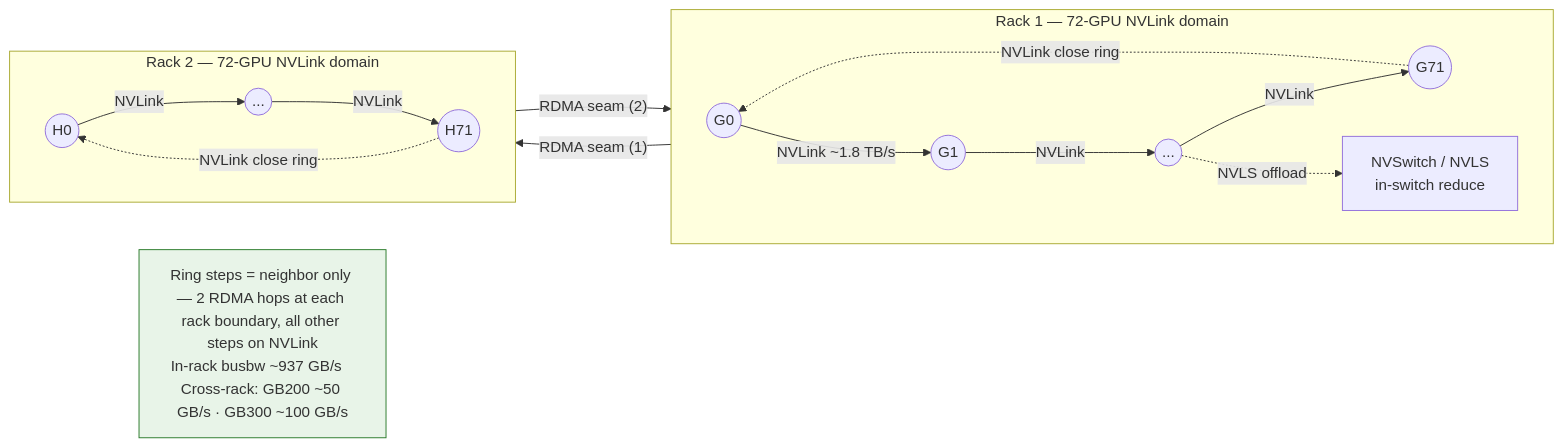
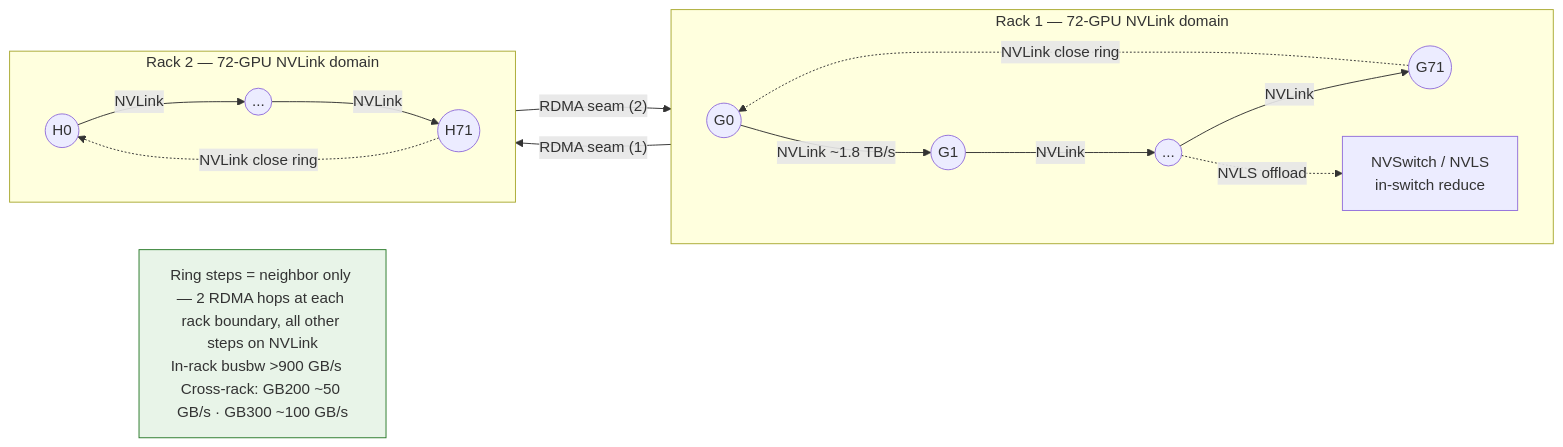
The seventh of 11 diagrams in nvl72.md (dfwguy/validation), drawn with Mermaid before and after one commit. The commit also changed other lines of this file, not shown here.

````diff
--- a/nvl72.md
+++ b/nvl72.md
@@ -447,22 +447,22 @@
 ```mermaid
 flowchart LR
     subgraph RACK1["Rack 1 — 72-GPU NVLink domain"]
         direction LR
         G0(("G0")) -->|"NVLink ~1.8 TB/s"| G1(("G1"))
         G1 -->|"NVLink"| GDOT(("..."))
         GDOT -->|"NVLink"| G71(("G71"))
         G71 -.->|"NVLink close ring"| G0
         NVS["NVSwitch / NVLS<br/>in-switch reduce"]
         GDOT -. "NVLS offload" .-> NVS
     end
     subgraph RACK2["Rack 2 — 72-GPU NVLink domain"]
         direction LR
         H0(("H0")) -->|"NVLink"| HDOT(("..."))
         HDOT -->|"NVLink"| H71(("H71"))
         H71 -.->|"NVLink close ring"| H0
     end
     G71 -->|"RDMA seam (1)"| H0
     H71 -->|"RDMA seam (2)"| G0
-    BWKEY["Ring steps = neighbor only — 2 RDMA hops at each rack boundary, all other steps on NVLink<br/>In-rack busbw ~937 GB/s   Cross-rack: GB200 ~50 GB/s · GB300 ~100 GB/s"]
+    BWKEY["Ring steps = neighbor only — 2 RDMA hops at each rack boundary, all other steps on NVLink<br/>In-rack busbw >900 GB/s   Cross-rack: GB200 ~50 GB/s · GB300 ~100 GB/s"]
     style BWKEY fill:#e8f4e8,stroke:#2a7a2a
 ```
````
